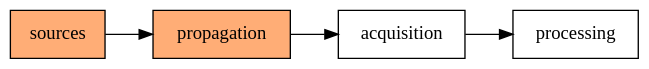
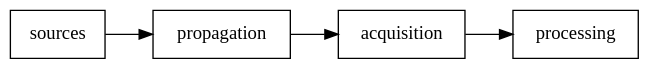
Before and after one commit to GermanoGallicchio/learning: the first of 3 diagrams in Psychophysiology_biosignals.qmd, drawn with Graphviz. The commit also changed other lines of this file, not shown here.

````diff
--- a/Psychophysiology_biosignals.qmd
+++ b/Psychophysiology_biosignals.qmd
@@ -76,16 +78,16 @@
 ```{dot}
 //| fig-width: 11
 //| fig-height: 2
 digraph {
     node [shape=box]
     rankdir=LR
     bgcolor="transparent"
 
-    A [label="sources" style=filled fillcolor="#ffad76ff"]
-    B [label="propagation" style=filled   fillcolor="#ffad76ff"]
+    A [label="sources"]
+    B [label="propagation"]
     C [label="acquisition"]
     D [label="processing"]
     
     A -> B -> C -> D
 }
 ```
````
